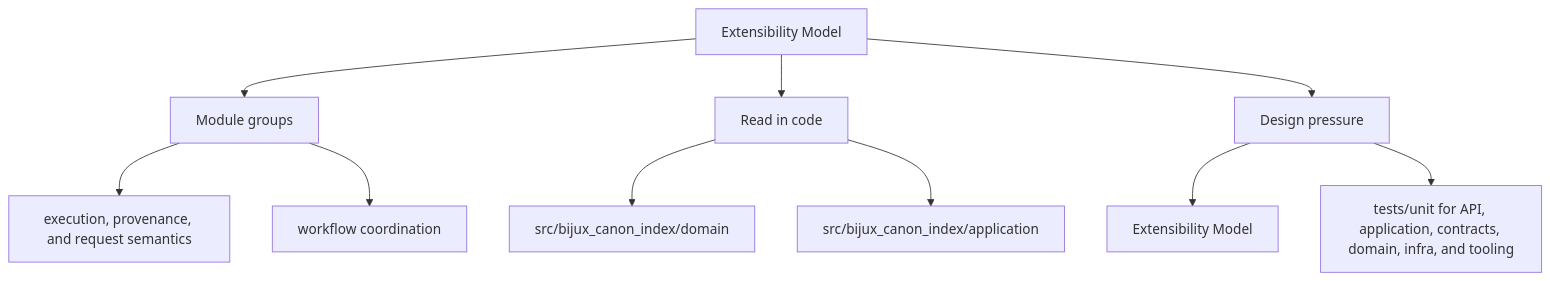
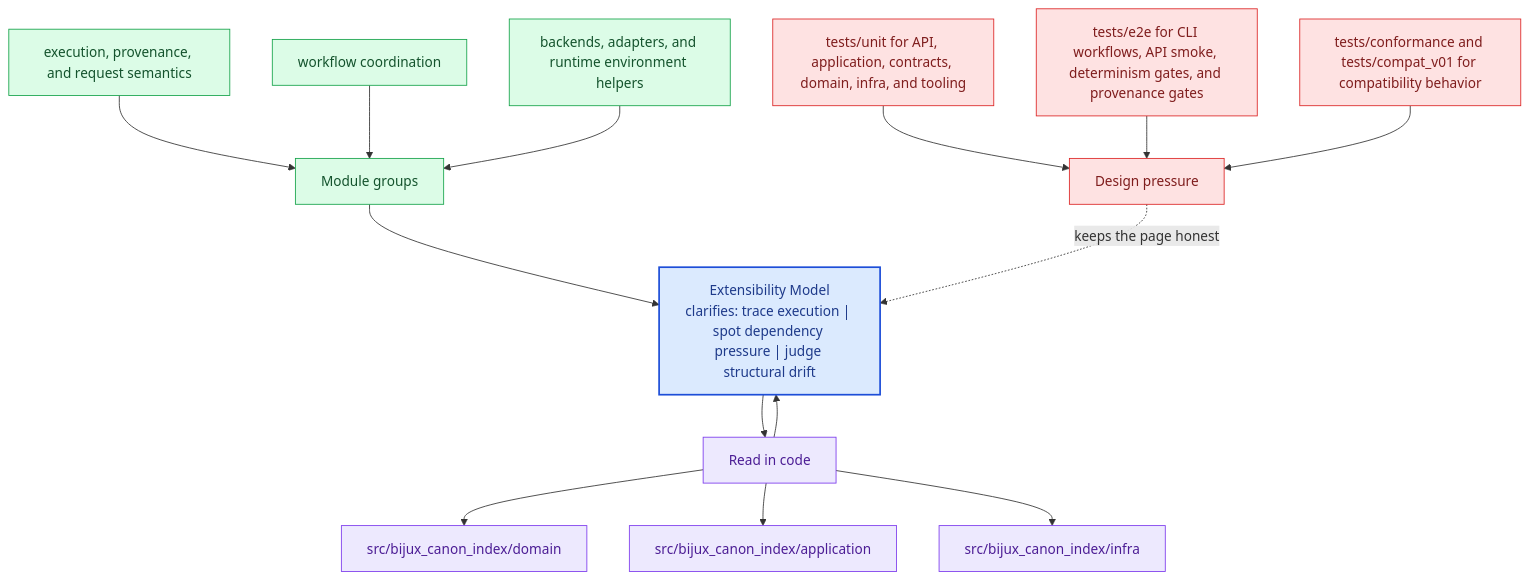
The second of 2 diagrams in docs/bijux-canon-index/architecture/extensibility-model.md (bijux/bijux-canon), drawn with Mermaid before and after one commit. The commit also changed other lines of this file and 281 other files, not shown here.

Commit message:
docs(diagrams): deepen handbook mermaid maps across the catalog

````diff
--- a/docs/bijux-canon-index/architecture/extensibility-model.md
+++ b/docs/bijux-canon-index/architecture/extensibility-model.md
@@ -34,22 +67,40 @@
 ```mermaid
-flowchart TD
-    page["Extensibility Model"]
+flowchart TB
+    promise["Extensibility Model<br/>clarifies: trace execution | spot dependency pressure | judge structural drift"]
+    classDef promise fill:#dbeafe,stroke:#1d4ed8,color:#1e3a8a,stroke-width:2px;
+    classDef driver fill:#dcfce7,stroke:#16a34a,color:#14532d;
+    classDef constraint fill:#fee2e2,stroke:#dc2626,color:#7f1d1d;
+    classDef ground fill:#ede9fe,stroke:#7c3aed,color:#4c1d95;
     focus1["Module groups"]
-    page --> focus1
+    focus1 --> promise
     focus1_1["execution, provenance, and request semantics"]
-    focus1 --> focus1_1
+    focus1_1 --> focus1
     focus1_2["workflow coordination"]
-    focus1 --> focus1_2
+    focus1_2 --> focus1
+    focus1_3["backends, adapters, and runtime environment helpers"]
+    focus1_3 --> focus1
+    class focus1 driver;
+    class focus1_1,focus1_2,focus1_3 driver;
     focus2["Read in code"]
-    page --> focus2
+    focus2 --> promise
+    promise --> focus2
     focus2_1["src/bijux_canon_index/domain"]
     focus2 --> focus2_1
     focus2_2["src/bijux_canon_index/application"]
     focus2 --> focus2_2
+    focus2_3["src/bijux_canon_index/infra"]
+    focus2 --> focus2_3
+    class focus2 ground;
+    class focus2_1,focus2_2,focus2_3 ground;
     focus3["Design pressure"]
-    page --> focus3
-    focus3_1["Extensibility Model"]
-    focus3 --> focus3_1
-    focus3_2["tests/unit for API, application, contracts, domain, infra, and tooling"]
-    focus3 --> focus3_2
+    focus3 -.keeps the page honest.-> promise
+    focus3_1["tests/unit for API, application, contracts, domain, infra, and tooling"]
+    focus3_1 --> focus3
+    focus3_2["tests/e2e for CLI workflows, API smoke, determinism gates, and provenance gates"]
+    focus3_2 --> focus3
+    focus3_3["tests/conformance and tests/compat_v01 for compatibility behavior"]
+    focus3_3 --> focus3
+    class focus3 constraint;
+    class focus3_1,focus3_2,focus3_3 constraint;
+    class promise promise;
 ```
````
